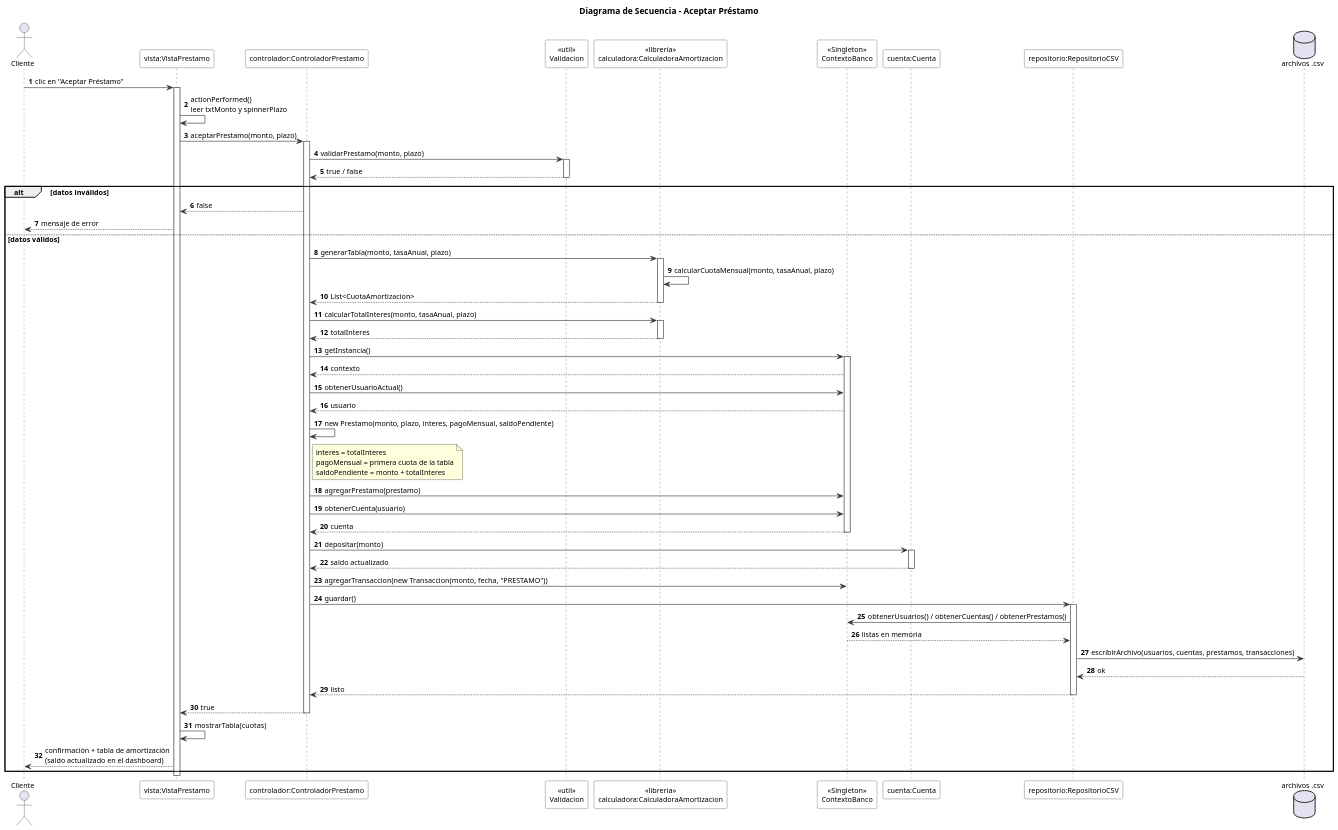
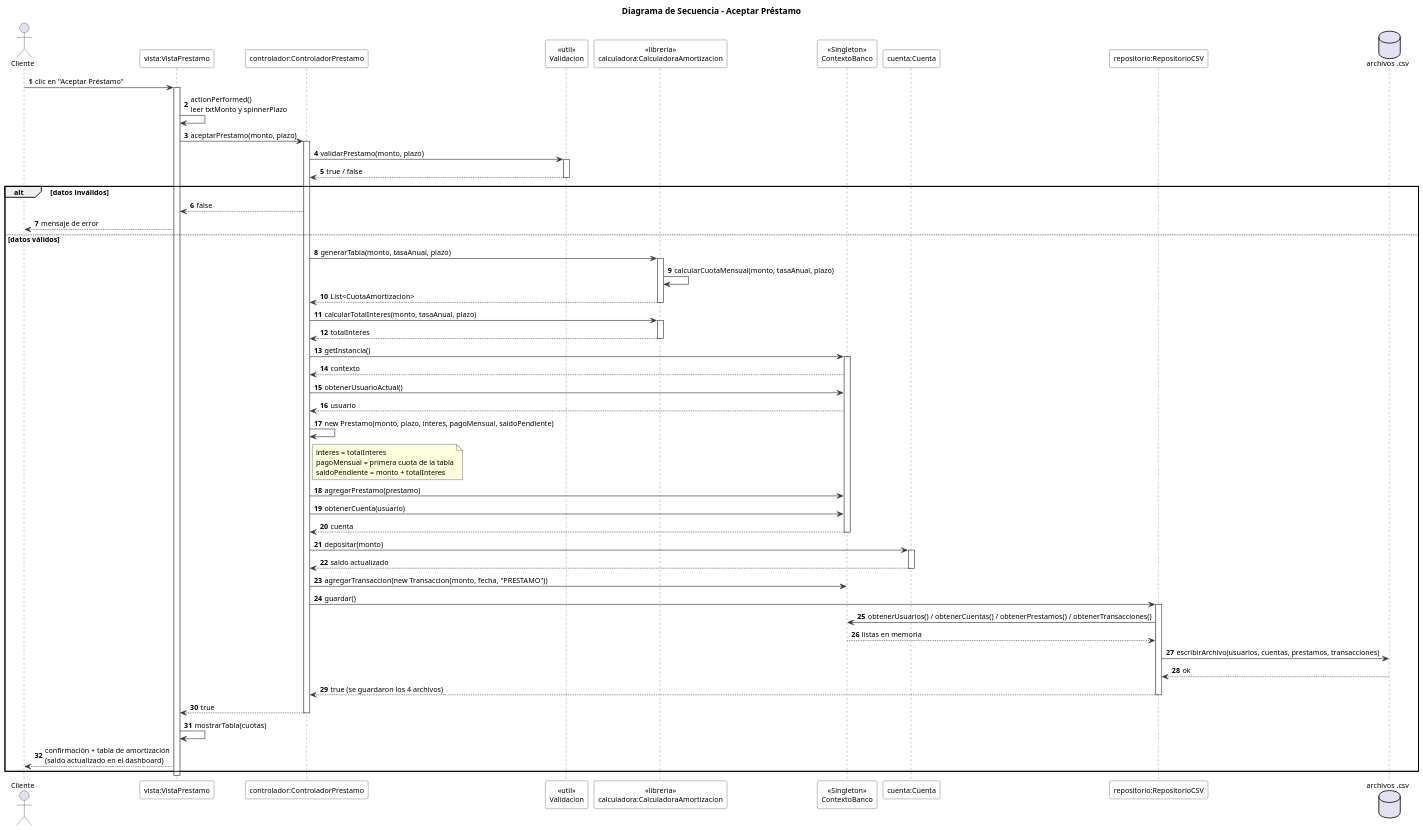
The diagram in docs/diagrama_secuencia.puml (hectortorres2193-code/Simulador-Bancario-POO), drawn with PlantUML before and after one commit. The commit also changed 4 other files, not shown here.

Commit message:
Cambios en los Diagramas

```diff
--- a/docs/diagrama_secuencia.puml
+++ b/docs/diagrama_secuencia.puml
@@ -1,89 +1,89 @@
 @startuml diagrama_secuencia
 title Diagrama de Secuencia - Aceptar Préstamo
 skinparam shadowing false
 skinparam defaultFontName Arial
 skinparam defaultFontSize 12
 skinparam backgroundColor white
 skinparam ArrowColor #333333
 skinparam SequenceLifeLineBorderColor #555555
 skinparam ParticipantBorderColor #333333
 skinparam ParticipantBackgroundColor #FFFFFF
 skinparam dpi 130
 skinparam sequenceMessageAlign left
 autonumber
 
 actor Cliente
 participant "vista:VistaPrestamo" as V
 participant "controlador:ControladorPrestamo" as C
 participant "<<util>>\nValidacion" as VAL
 participant "<<librería>>\ncalculadora:CalculadoraAmortizacion" as LIB
 participant "<<Singleton>>\nContextoBanco" as CTX
 participant "cuenta:Cuenta" as CU
 participant "repositorio:RepositorioCSV" as REPO
 database "archivos .csv" as CSV
 
 Cliente -> V : clic en "Aceptar Préstamo"
 activate V
 V -> V : actionPerformed()\nleer txtMonto y spinnerPlazo
 V -> C : aceptarPrestamo(monto, plazo)
 activate C
 
 C -> VAL : validarPrestamo(monto, plazo)
 activate VAL
 VAL --> C : true / false
 deactivate VAL
 
 alt datos inválidos
   C --> V : false
   V --> Cliente : mensaje de error
 else datos válidos
   C -> LIB : generarTabla(monto, tasaAnual, plazo)
   activate LIB
   LIB -> LIB : calcularCuotaMensual(monto, tasaAnual, plazo)
   LIB --> C : List<CuotaAmortizacion>
   deactivate LIB
 
   C -> LIB : calcularTotalInteres(monto, tasaAnual, plazo)
   activate LIB
   LIB --> C : totalInteres
   deactivate LIB
 
   C -> CTX : getInstancia()
   activate CTX
   CTX --> C : contexto
   C -> CTX : obtenerUsuarioActual()
   CTX --> C : usuario
   C -> C : new Prestamo(monto, plazo, interes, pagoMensual, saldoPendiente)
   note right of C
     interes = totalInteres
     pagoMensual = primera cuota de la tabla
     saldoPendiente = monto + totalInteres
   end note
   C -> CTX : agregarPrestamo(prestamo)
   C -> CTX : obtenerCuenta(usuario)
   CTX --> C : cuenta
   deactivate CTX
 
   C -> CU : depositar(monto)
   activate CU
   CU --> C : saldo actualizado
   deactivate CU
 
   C -> CTX : agregarTransaccion(new Transaccion(monto, fecha, "PRESTAMO"))
 
   C -> REPO : guardar()
   activate REPO
-  REPO -> CTX : obtenerUsuarios() / obtenerCuentas() / obtenerPrestamos()
+  REPO -> CTX : obtenerUsuarios() / obtenerCuentas() / obtenerPrestamos() / obtenerTransacciones()
   CTX --> REPO : listas en memoria
   REPO -> CSV : escribirArchivo(usuarios, cuentas, prestamos, transacciones)
   CSV --> REPO : ok
-  REPO --> C : listo
+  REPO --> C : true (se guardaron los 4 archivos)
   deactivate REPO
 
   C --> V : true
   deactivate C
   V -> V : mostrarTabla(cuotas)
   V --> Cliente : confirmación + tabla de amortización\n(saldo actualizado en el dashboard)
 end
 deactivate V
 @enduml
```
